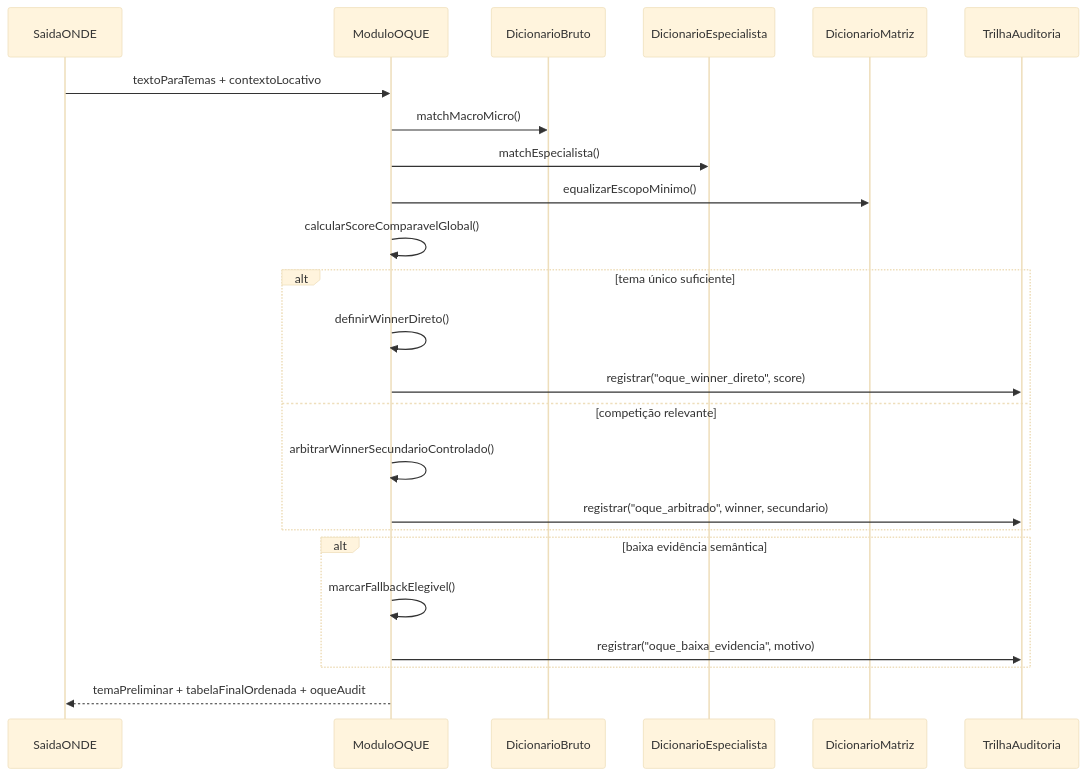
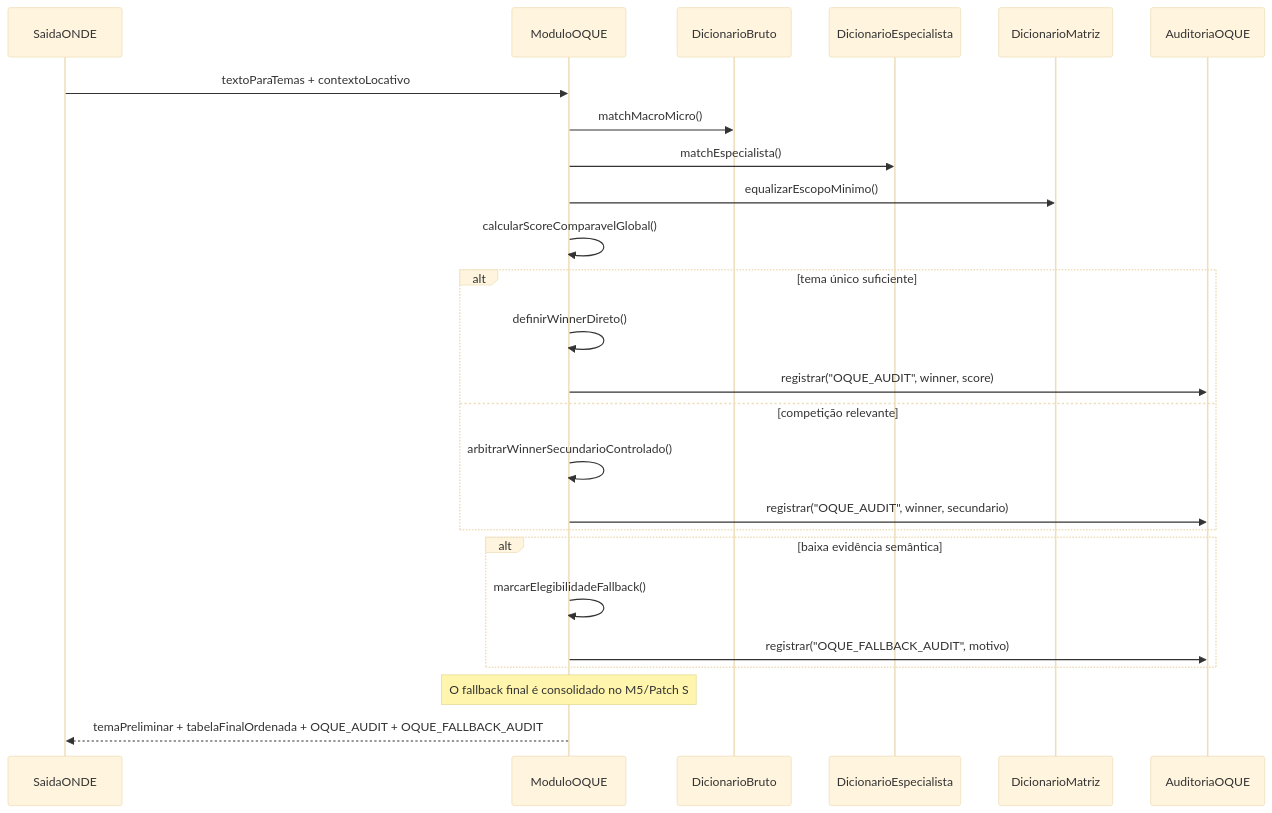
Before and after one commit to HeltonBr/TDE-Git: the diagram in apendice_tecnico/diagramas/M4_sequencia_oque.mmd, drawn with Mermaid (base theme). The commit also changed 6 other files, not shown here.

```diff
--- a/apendice_tecnico/diagramas/M4_sequencia_oque.mmd
+++ b/apendice_tecnico/diagramas/M4_sequencia_oque.mmd
@@ -1,28 +1,29 @@
 sequenceDiagram
     participant ON as SaidaONDE
     participant OQ as ModuloOQUE
     participant DB as DicionarioBruto
     participant DE as DicionarioEspecialista
     participant DM as DicionarioMatriz
-    participant AUD as TrilhaAuditoria
+    participant AUD as AuditoriaOQUE
 
     ON->>OQ: textoParaTemas + contextoLocativo
     OQ->>DB: matchMacroMicro()
     OQ->>DE: matchEspecialista()
     OQ->>DM: equalizarEscopoMinimo()
     OQ->>OQ: calcularScoreComparavelGlobal()
 
     alt tema único suficiente
       OQ->>OQ: definirWinnerDireto()
-      OQ->>AUD: registrar("oque_winner_direto", score)
+      OQ->>AUD: registrar("OQUE_AUDIT", winner, score)
     else competição relevante
       OQ->>OQ: arbitrarWinnerSecundarioControlado()
-      OQ->>AUD: registrar("oque_arbitrado", winner, secundario)
+      OQ->>AUD: registrar("OQUE_AUDIT", winner, secundario)
     end
 
     alt baixa evidência semântica
-      OQ->>OQ: marcarFallbackElegivel()
-      OQ->>AUD: registrar("oque_baixa_evidencia", motivo)
+      OQ->>OQ: marcarElegibilidadeFallback()
+      OQ->>AUD: registrar("OQUE_FALLBACK_AUDIT", motivo)
     end
 
-    OQ-->>ON: temaPreliminar + tabelaFinalOrdenada + oqueAudit
+    Note over OQ: O fallback final é consolidado no M5/Patch S
+    OQ-->>ON: temaPreliminar + tabelaFinalOrdenada + OQUE_AUDIT + OQUE_FALLBACK_AUDIT
```
